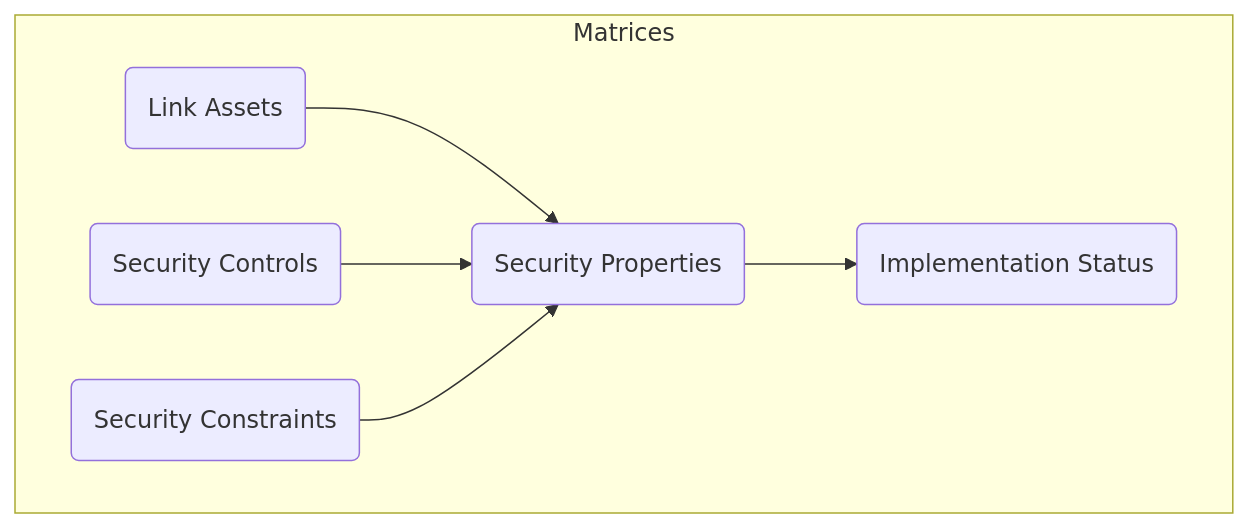
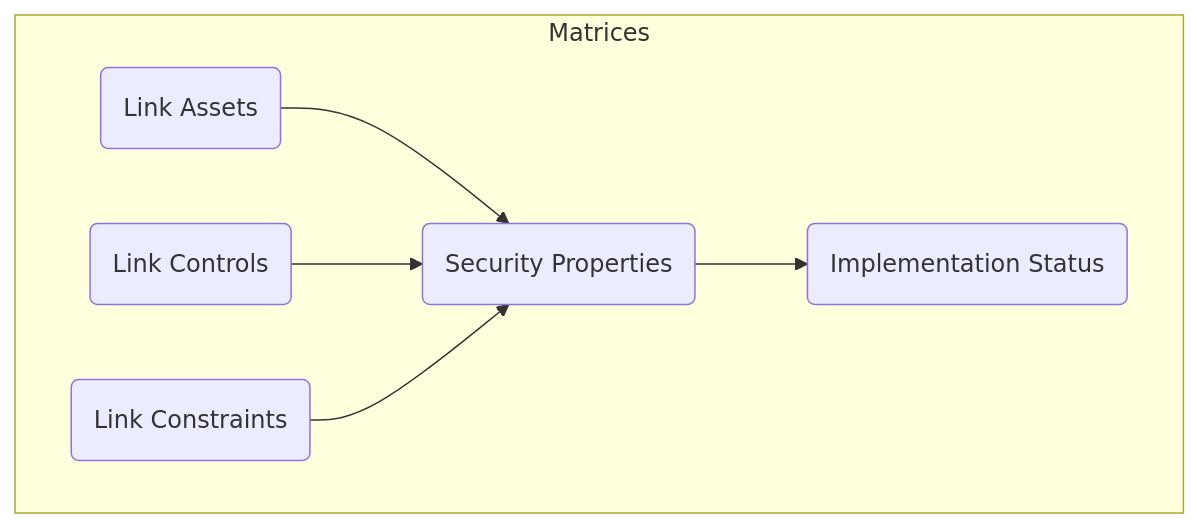
The fourth of 4 diagrams in Documentation/threat-mitigation.md (stuartfowler/CEMT), drawn with Mermaid before and after one commit. The commit also changed other lines of this file and 1 other file, not shown here.

Commit message:
added Security Mitigations step

````diff
--- a/Documentation/threat-mitigation.md
+++ b/Documentation/threat-mitigation.md
@@ -94,15 +135,14 @@
 ```mermaid
 flowchart TB
     subgraph 5["Matrices"]
-        5d("Link Assets") --> 5c("Security Properties") --> 5g("Implementation Status")
-        5b("Security Controls") --> 5c
-        5f("Security Constraints") --> 5c
+      5d("Link Assets") --> 5c("Security Properties") --> 5g("Implementation Status")
+      5b("Link Controls") --> 5c
+      5f("Link Constraints") --> 5c
     end
-     click 5a "https://github.com/stuartfowler/CEMT/blob/main/Documentation/threat-mitigation.md#matrices" "Matrices"
-    click 5b "https://github.com/stuartfowler/CEMT/blob/main/Documentation/threat-mitigation.md#matrices" "Matrices"
-    click 5c "https://github.com/stuartfowler/CEMT/blob/main/Documentation/threat-mitigation.md#matrices" "Matrices"
-    click 5d "https://github.com/stuartfowler/CEMT/blob/main/Documentation/threat-mitigation.md#matrices" "Matrices"
-    click 5e "https://github.com/stuartfowler/CEMT/blob/main/Documentation/threat-mitigation.md#matrices" "Matrices"
-    click 5f "https://github.com/stuartfowler/CEMT/blob/main/Documentation/threat-mitigation.md#matrices" "Matrices"
-    click 5g "https://github.com/stuartfowler/CEMT/blob/main/Documentation/threat-mitigation.md#matrices" "Matrices"
+
+    click 5b "https://github.com/stuartfowler/CEMT/blob/main/Documentation/threat-mitigation.md#link-controls" "Link Controls"
+    click 5c "https://github.com/stuartfowler/CEMT/blob/main/Documentation/threat-mitigation.md#security-properties" "Security Properties"
+    click 5d "https://github.com/stuartfowler/CEMT/blob/main/Documentation/threat-mitigation.md#link-assets" "Link Assets"
+    click 5f "https://github.com/stuartfowler/CEMT/blob/main/Documentation/threat-mitigation.md#link-constraints" "Link Constraints"
+    click 5g "https://github.com/stuartfowler/CEMT/blob/main/Documentation/threat-mitigation.md#implementation-status" "Implementation Status"
 ```
````
